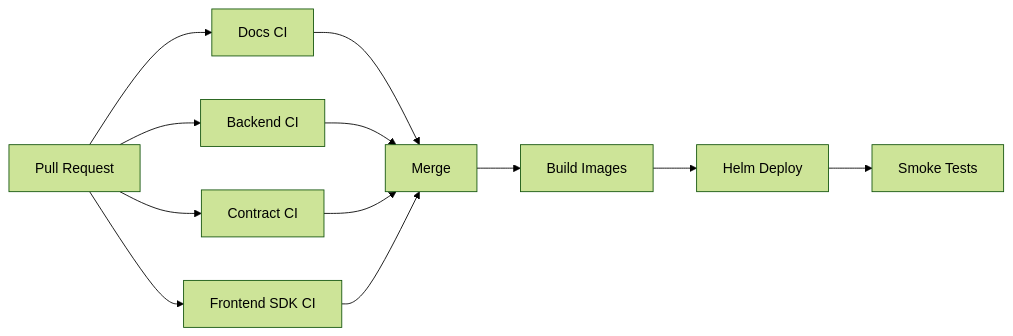
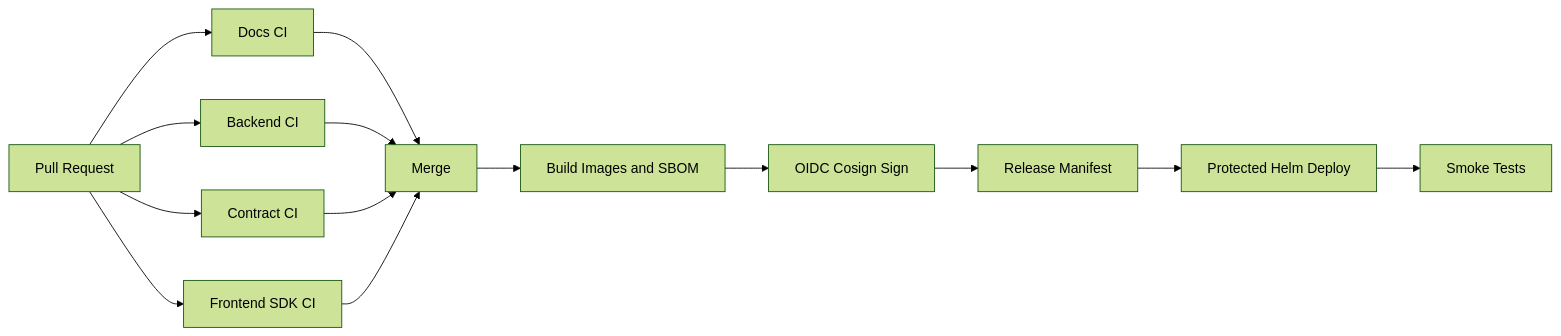
Before and after one commit to alvis-ai/production-grade-web3-rfq-market-maker: the first of 3 diagrams in book/Volume7-ProductionDeployment/Chapter04-CI-CD.md, drawn with Mermaid (forest theme). The commit also changed other lines of this file and 27 other files, not shown here.

````diff
--- a/book/Volume7-ProductionDeployment/Chapter04-CI-CD.md
+++ b/book/Volume7-ProductionDeployment/Chapter04-CI-CD.md
@@ -49,24 +54,28 @@
 ```mermaid
 flowchart LR
   PR[Pull Request]
   Docs[Docs CI]
   Backend[Backend CI]
   Contract[Contract CI]
   Frontend[Frontend SDK CI]
   Merge[Merge]
-  Build[Build Images]
-  Deploy[Helm Deploy]
+  Build[Build Images and SBOM]
+  Sign[OIDC Cosign Sign]
+  Manifest[Release Manifest]
+  Deploy[Protected Helm Deploy]
   Smoke[Smoke Tests]
 
   PR --> Docs
   PR --> Backend
   PR --> Contract
   PR --> Frontend
   Docs --> Merge
   Backend --> Merge
   Contract --> Merge
   Frontend --> Merge
   Merge --> Build
-  Build --> Deploy
+  Build --> Sign
+  Sign --> Manifest
+  Manifest --> Deploy
   Deploy --> Smoke
 ```
````
